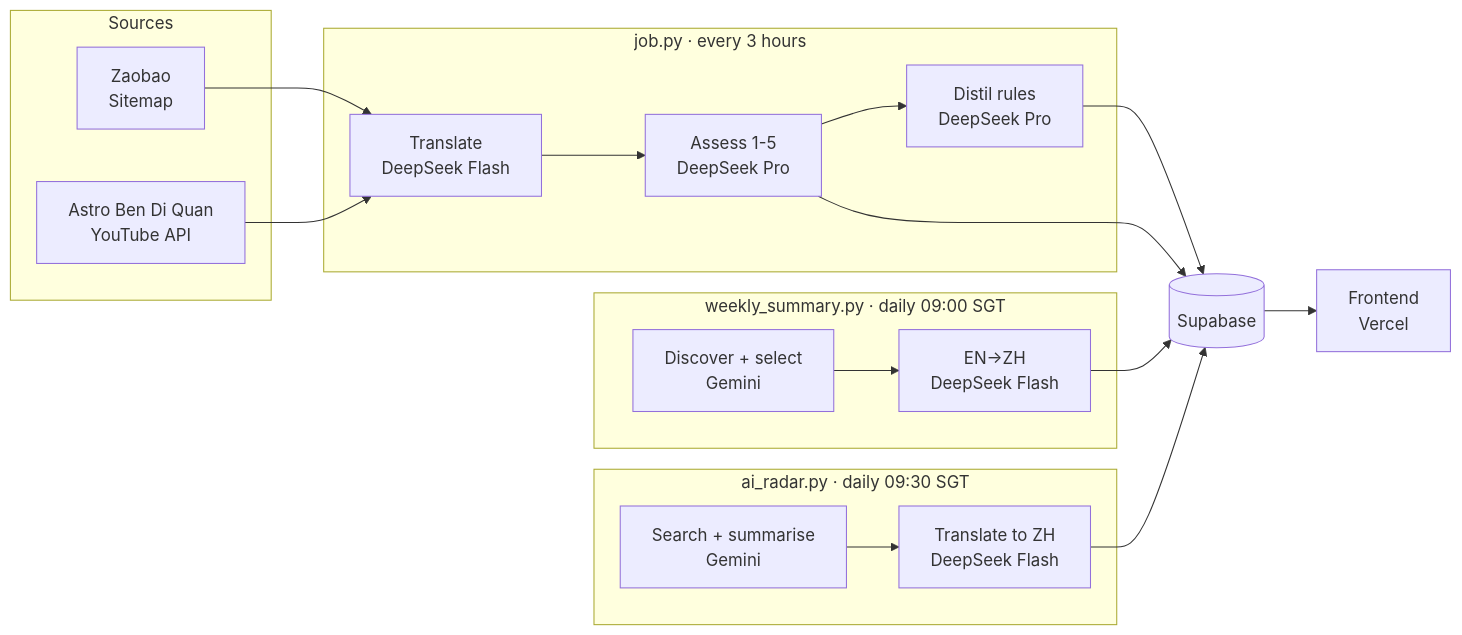
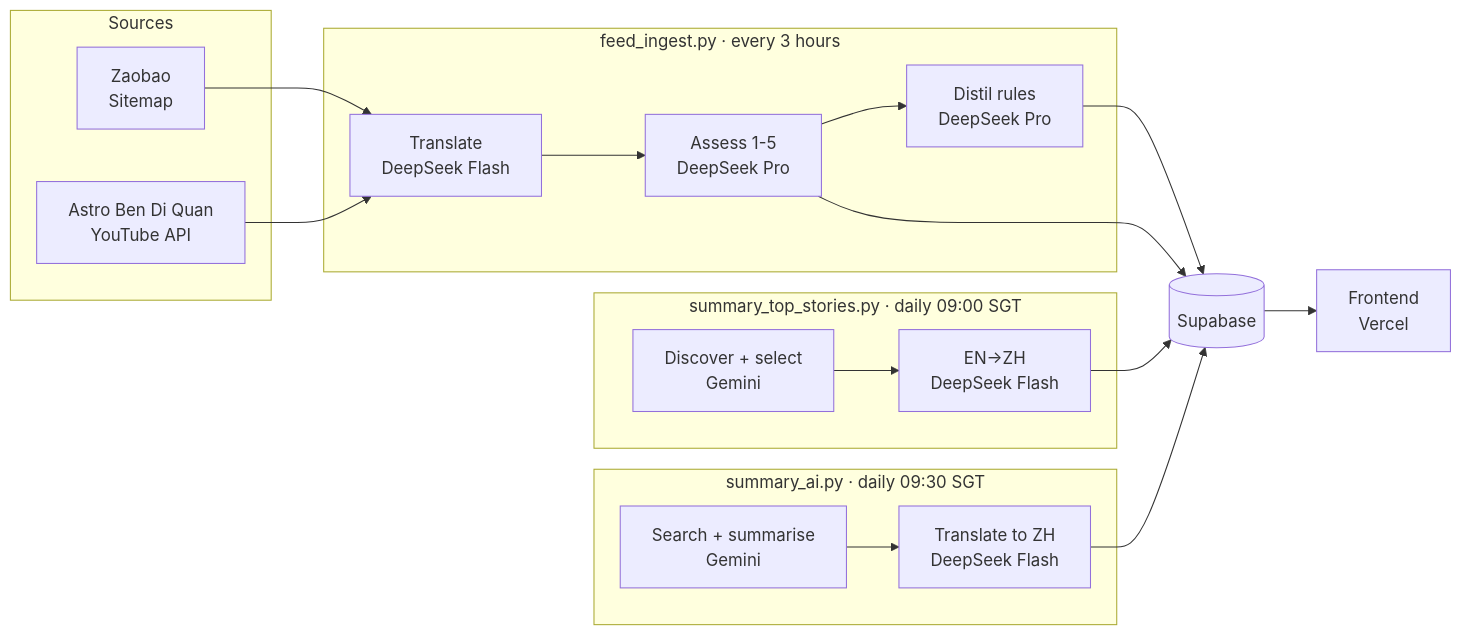
One commit to chiaweiwoo/newslingo changed the diagram in README.md. Above: the diagram before and after it, drawn with Mermaid. The commit also changed other lines of this file and 16 other files, not shown here.

````diff
--- a/README.md
+++ b/README.md
@@ -57,37 +57,37 @@
 ```mermaid
 flowchart LR
     subgraph src["Sources"]
         ZB["Zaobao\nSitemap"]
         YT["Astro Ben Di Quan\nYouTube API"]
     end
 
-    subgraph agg["job.py · every 3 hours"]
+    subgraph agg["feed_ingest.py · every 3 hours"]
         TR["Translate\nDeepSeek Flash"]
         AS["Assess 1-5\nDeepSeek Pro"]
         DR["Distil rules\nDeepSeek Pro"]
         TR --> AS --> DR
     end
 
     DB[("Supabase")]
 
-    subgraph summary["weekly_summary.py · daily 09:00 SGT"]
+    subgraph summary["summary_top_stories.py · daily 09:00 SGT"]
         P1["Discover + select\nGemini"]
         P2["EN->ZH\nDeepSeek Flash"]
         P1 --> P2
     end
 
-    subgraph radar["ai_radar.py · daily 09:30 SGT"]
+    subgraph radar["summary_ai.py · daily 09:30 SGT"]
         R1["Search + summarise\nGemini"]
         R2["Translate to ZH\nDeepSeek Flash"]
         R1 --> R2
     end
 
     FE["Frontend\nVercel"]
 
     ZB & YT --> TR
     DR --> DB
     AS --> DB
     P2 --> DB
     R2 --> DB
     DB --> FE
 ```
````
